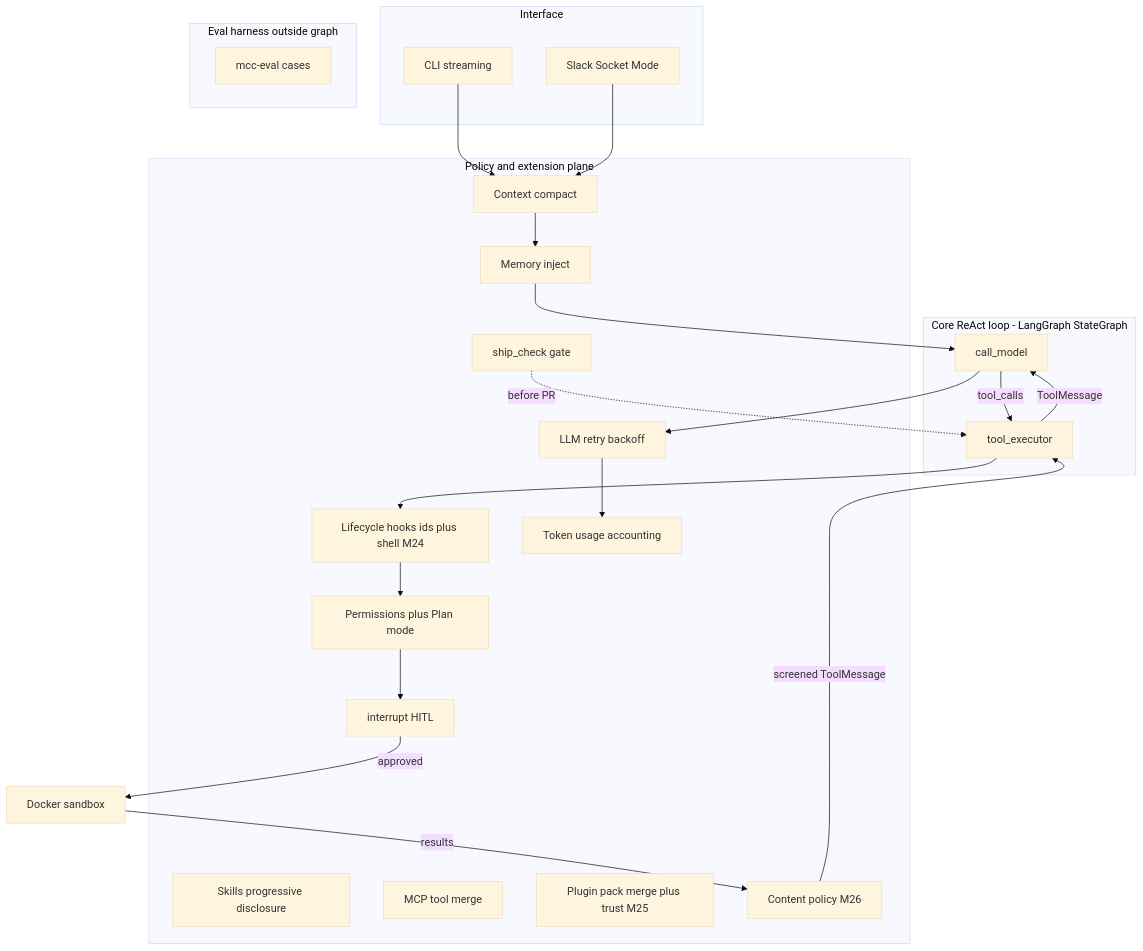
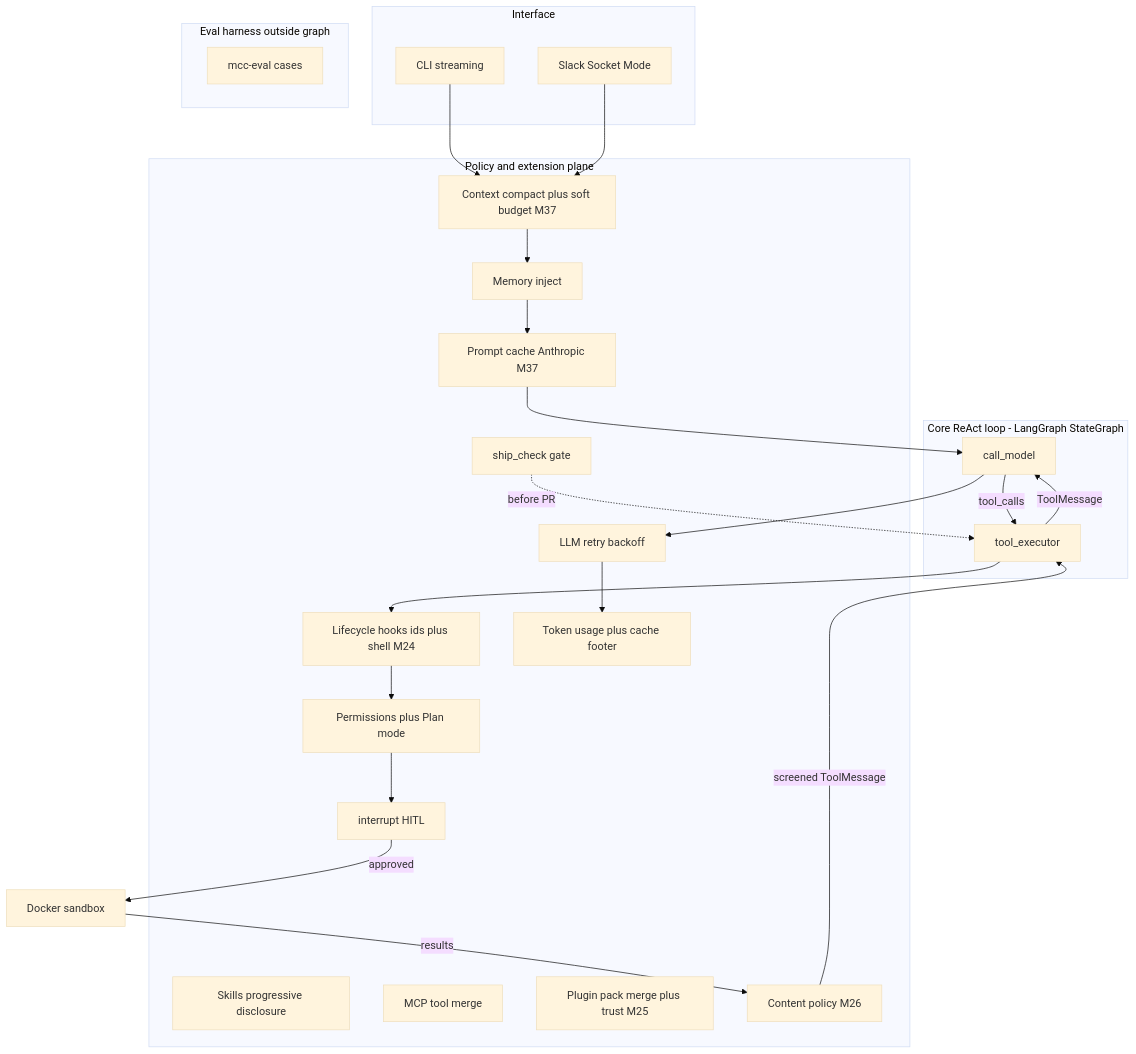
Before and after one commit to CharlotteYW/mini-claude-code: the second of 2 diagrams in docs/architecture.md, drawn with Mermaid (base theme). The commit also changed other lines of this file and 14 other files, not shown here.

Commit message:
Ship M37 soft token budget and Anthropic prompt-cache helpers.

````diff
--- a/docs/architecture.md
+++ b/docs/architecture.md
@@ -56,43 +57,45 @@
 ```mermaid
 flowchart TB
   subgraph ui [Interface]
     CLI[CLI streaming]
     Slack[Slack Socket Mode]
   end
   subgraph core [Core ReAct loop - LangGraph StateGraph]
     Model[call_model]
     Tools[tool_executor]
     Model -->|tool_calls| Tools
     Tools -->|ToolMessage| Model
   end
   subgraph plane [Policy and extension plane]
     Perm[Permissions plus Plan mode]
     HITL[interrupt HITL]
     Hooks[Lifecycle hooks ids plus shell M24]
     Skills[Skills progressive disclosure]
     MCP[MCP tool merge]
     Plugins[Plugin pack merge plus trust M25]
     ContentPolicy[Content policy M26]
-    Compact[Context compact]
+    Compact[Context compact plus soft budget M37]
     Memory[Memory inject]
+    PromptCache[Prompt cache Anthropic M37]
     Retry[LLM retry backoff]
-    Usage[Token usage accounting]
+    Usage[Token usage plus cache footer]
     Ship[ship_check gate]
   end
   subgraph eval [Eval harness outside graph]
     EvalRunner[mcc-eval cases]
   end
   CLI --> Compact
   Slack --> Compact
   Compact --> Memory
-  Memory --> Model
+  Memory --> PromptCache
+  PromptCache --> Model
   Model --> Retry
   Retry --> Usage
   Tools --> Hooks
   Hooks --> Perm
   Perm --> HITL
   HITL -->|approved| Sandbox[Docker sandbox]
   Sandbox -->|results| ContentPolicy
   ContentPolicy -->|screened ToolMessage| Tools
   Ship -.->|before PR| Tools
 ```
````
